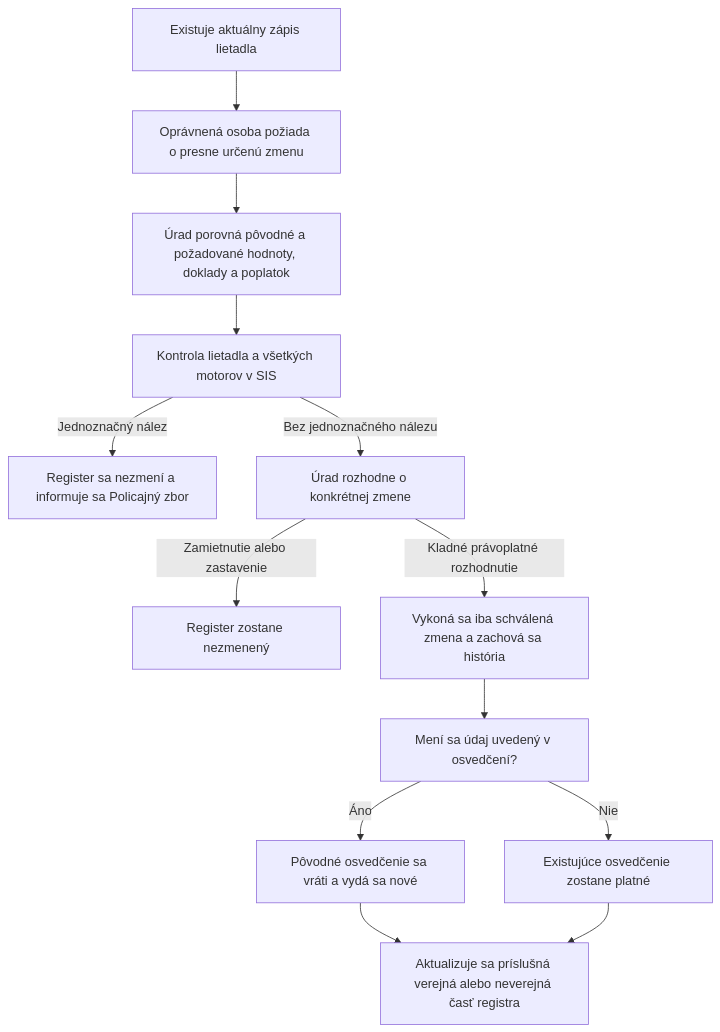
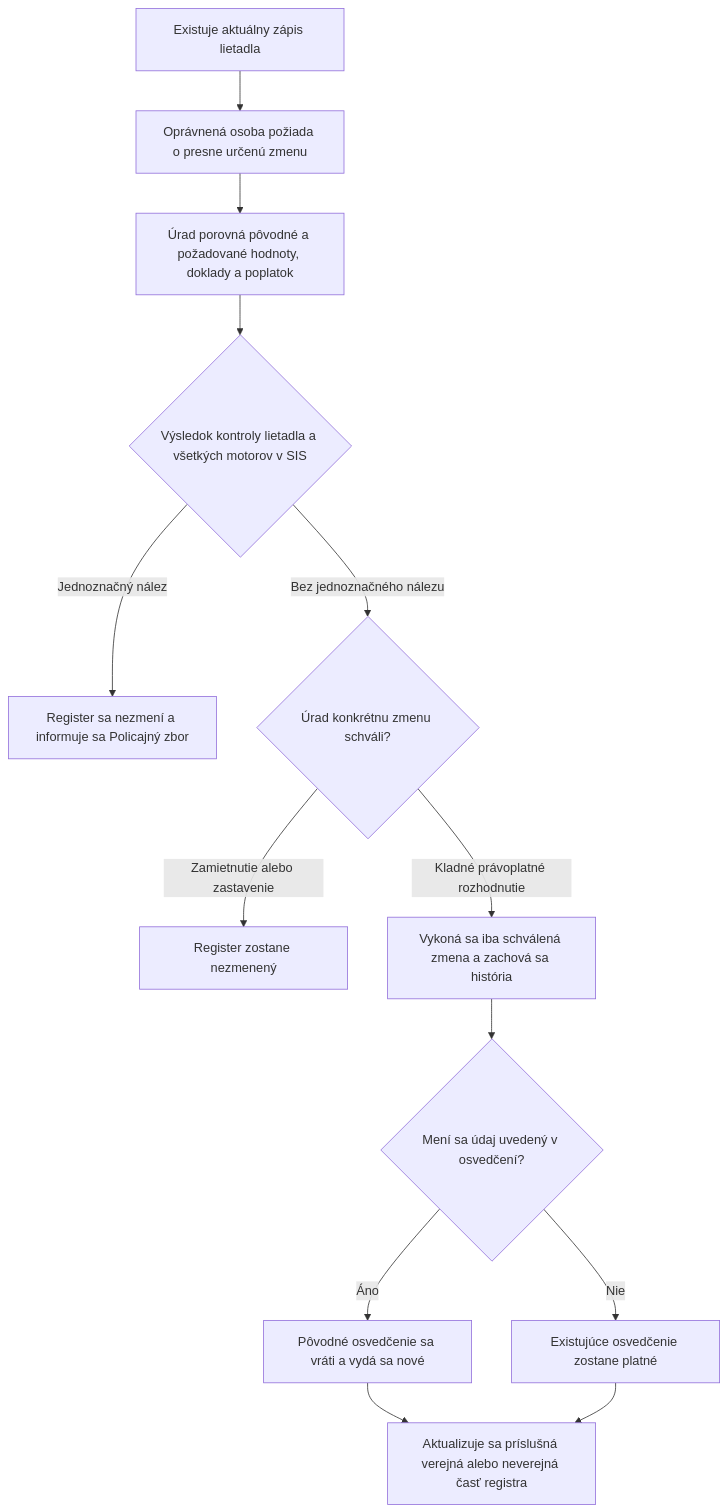
The diagram in examples/MUDU-062/graph.md (fixerivan/mudu-process-definition-standard), drawn with Mermaid before and after one commit. The commit also changed 10 other files, not shown here.

````diff
--- a/examples/MUDU-062/graph.md
+++ b/examples/MUDU-062/graph.md
@@ -9,15 +9,15 @@
 ```mermaid
 graph TD
     A["Existuje aktuálny zápis lietadla"] --> B["Oprávnená osoba požiada o presne určenú zmenu"]
     B --> C["Úrad porovná pôvodné a požadované hodnoty, doklady a poplatok"]
-    C --> D["Kontrola lietadla a všetkých motorov v SIS"]
+    C --> D{"Výsledok kontroly lietadla a všetkých motorov v SIS"}
     D -->|Jednoznačný nález| X["Register sa nezmení a informuje sa Policajný zbor"]
-    D -->|Bez jednoznačného nálezu| E["Úrad rozhodne o konkrétnej zmene"]
+    D -->|Bez jednoznačného nálezu| E{"Úrad konkrétnu zmenu schváli?"}
     E -->|Zamietnutie alebo zastavenie| Y["Register zostane nezmenený"]
     E -->|Kladné právoplatné rozhodnutie| F["Vykoná sa iba schválená zmena a zachová sa história"]
-    F --> G["Mení sa údaj uvedený v osvedčení?"]
+    F --> G{"Mení sa údaj uvedený v osvedčení?"}
     G -->|Áno| H["Pôvodné osvedčenie sa vráti a vydá sa nové"]
     G -->|Nie| I["Existujúce osvedčenie zostane platné"]
     H --> J["Aktualizuje sa príslušná verejná alebo neverejná časť registra"]
     I --> J
 ```
````
